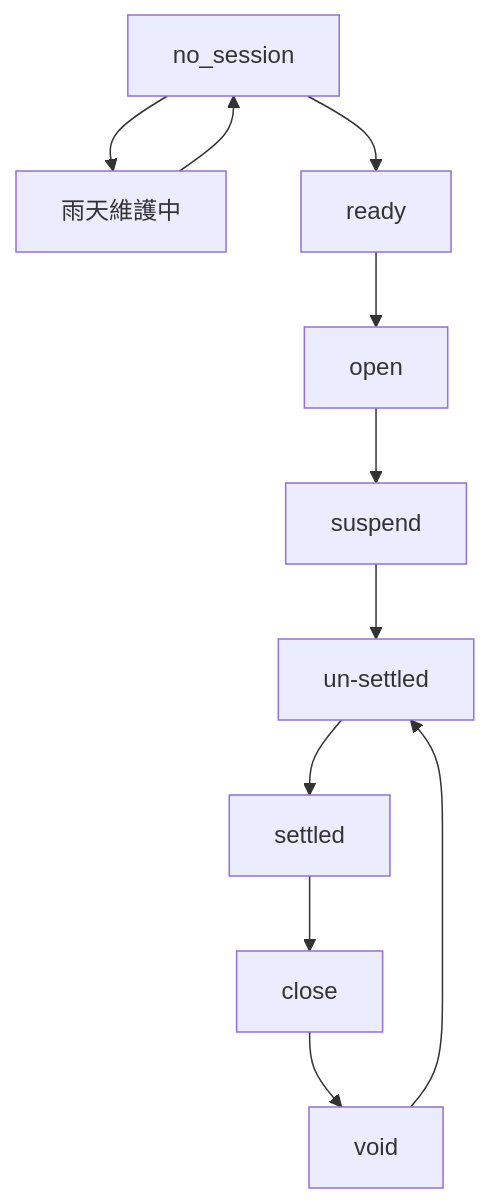
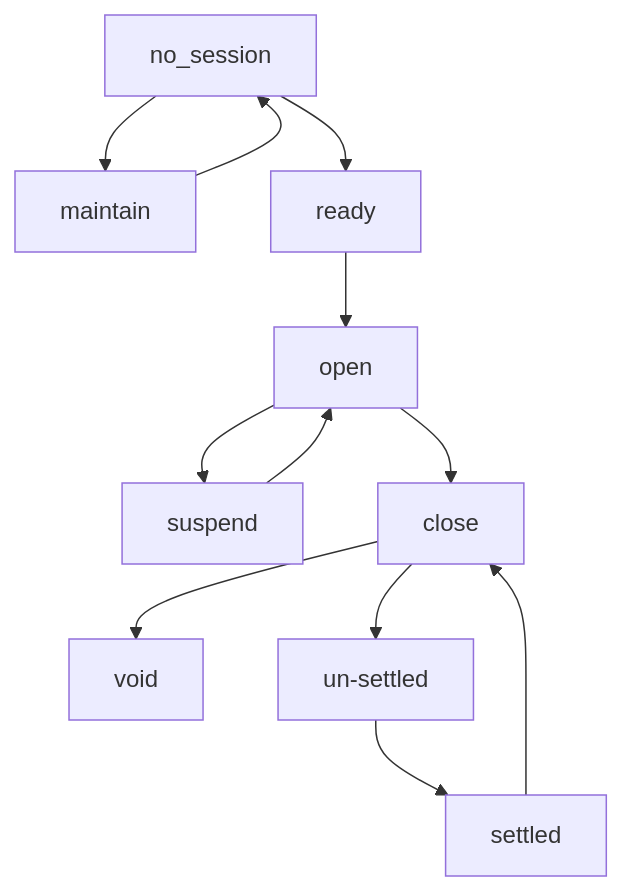
One commit to lukechi1219/gb-public changed the diagram in README.md. Above: the diagram before and after it, drawn with Mermaid.

````diff
--- a/README.md
+++ b/README.md
@@ -3,13 +3,14 @@
 ```mermaid
   graph TD;
-      no_session-->雨天維護中;
-      雨天維護中-->no_session;
+      no_session-->maintain;
+      maintain-->no_session;
       no_session-->ready ;
       ready-->open ;
-      open-->suspend 
-      suspend-->un-settled
+      open-->suspend
+      suspend-->open
+      open-->close
+      close-->void
+      close-->un-settled
+      settled-->close
       un-settled-->settled 
-      settled-->close 
-      close-->void
-      void-->un-settled
 ```
````
